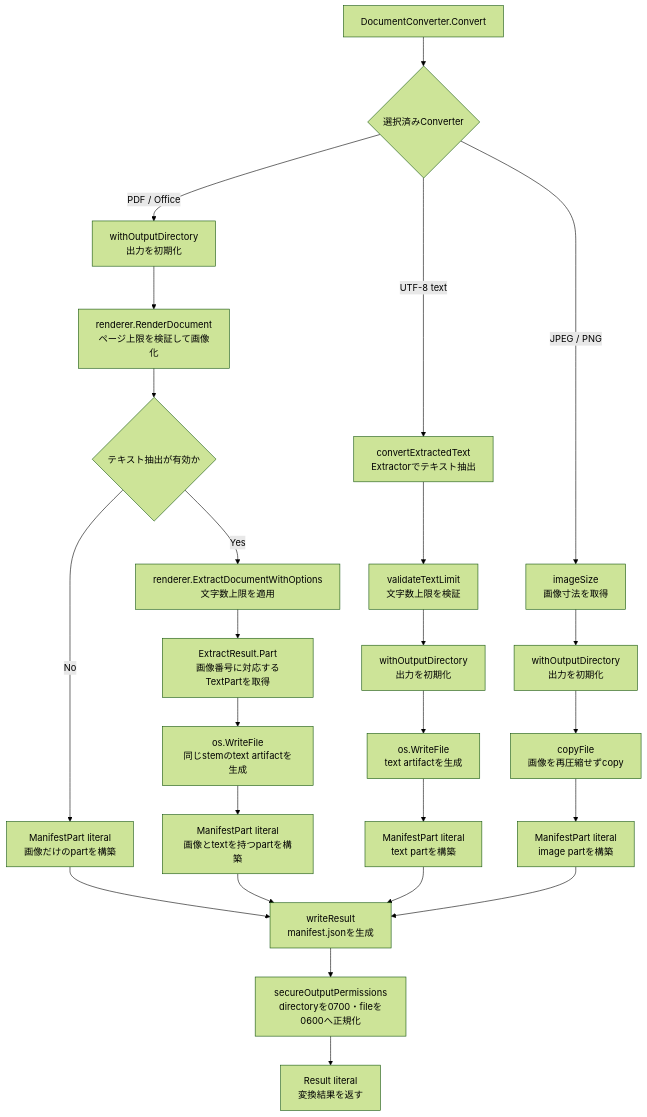
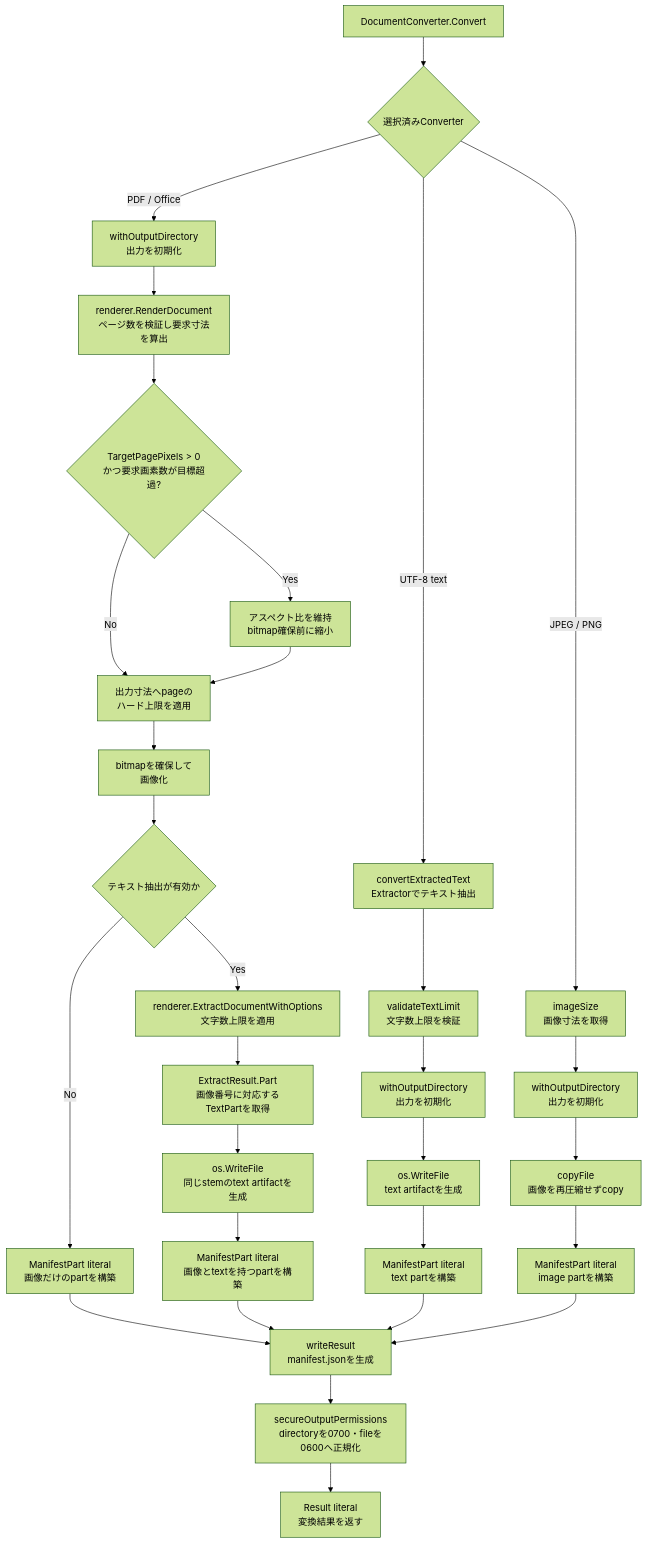
The fifth of 6 diagrams in docs/DESIGN-ja.md (mochizuki875/llm-file-gateway), drawn with Mermaid (forest theme) before and after one commit. The commit also changed other lines of this file and 27 other files, not shown here.

Commit message:
feat: scale rendered document images before bitmap allocation

````diff
--- a/docs/DESIGN-ja.md
+++ b/docs/DESIGN-ja.md
@@ -420,31 +421,36 @@
 ```mermaid
 flowchart TD
   Start[DocumentConverter.Convert] --> Implementation{選択済みConverter}
 
   Implementation -->|PDF / Office| PrepareRendered[withOutputDirectory<br/>出力を初期化]
-  PrepareRendered --> Render[renderer.RenderDocument<br/>ページ上限を検証して画像化]
+  PrepareRendered --> RenderStart[renderer.RenderDocument<br/>ページ数を検証し要求寸法を算出]
+  RenderStart --> ScaleCheck{TargetPagePixels > 0<br/>かつ要求画素数が目標超過?}
+  ScaleCheck -->|Yes| ScalePage[アスペクト比を維持<br/>bitmap確保前に縮小]
+  ScaleCheck -->|No| HardLimits[出力寸法へpageの<br/>ハード上限を適用]
+  ScalePage --> HardLimits
+  HardLimits --> Render[bitmapを確保して<br/>画像化]
   Render --> ExtractEnabled{テキスト抽出が有効か}
   ExtractEnabled -->|Yes| Extract[renderer.ExtractDocumentWithOptions<br/>文字数上限を適用]
   ExtractEnabled -->|No| RenderedParts[ManifestPart literal<br/>画像だけのpartを構築]
   Extract --> Match[ExtractResult.Part<br/>画像番号に対応するTextPartを取得]
   Match --> RenderedText[os.WriteFile<br/>同じstemのtext artifactを生成]
   RenderedText --> RenderedPartsWithText[ManifestPart literal<br/>画像とtextを持つpartを構築]
 
   Implementation -->|UTF-8 text| TextExtract[convertExtractedText<br/>Extractorでテキスト抽出]
   TextExtract --> TextLimit[validateTextLimit<br/>文字数上限を検証]
   TextLimit --> PrepareText[withOutputDirectory<br/>出力を初期化]
   PrepareText --> TextWrite[os.WriteFile<br/>text artifactを生成]
   TextWrite --> TextParts[ManifestPart literal<br/>text partを構築]
 
   Implementation -->|JPEG / PNG| ImageMetadata[imageSize<br/>画像寸法を取得]
   ImageMetadata --> PrepareImage[withOutputDirectory<br/>出力を初期化]
   PrepareImage --> ImageCopy[copyFile<br/>画像を再圧縮せずcopy]
   ImageCopy --> ImagePart[ManifestPart literal<br/>image partを構築]
 
   RenderedParts --> Manifest[writeResult<br/>manifest.jsonを生成]
   RenderedPartsWithText --> Manifest
   TextParts --> Manifest
   ImagePart --> Manifest
   Manifest --> Permissions[secureOutputPermissions<br/>directoryを0700・fileを0600へ正規化]
   Permissions --> Result[Result literal<br/>変換結果を返す]
 ```
````
